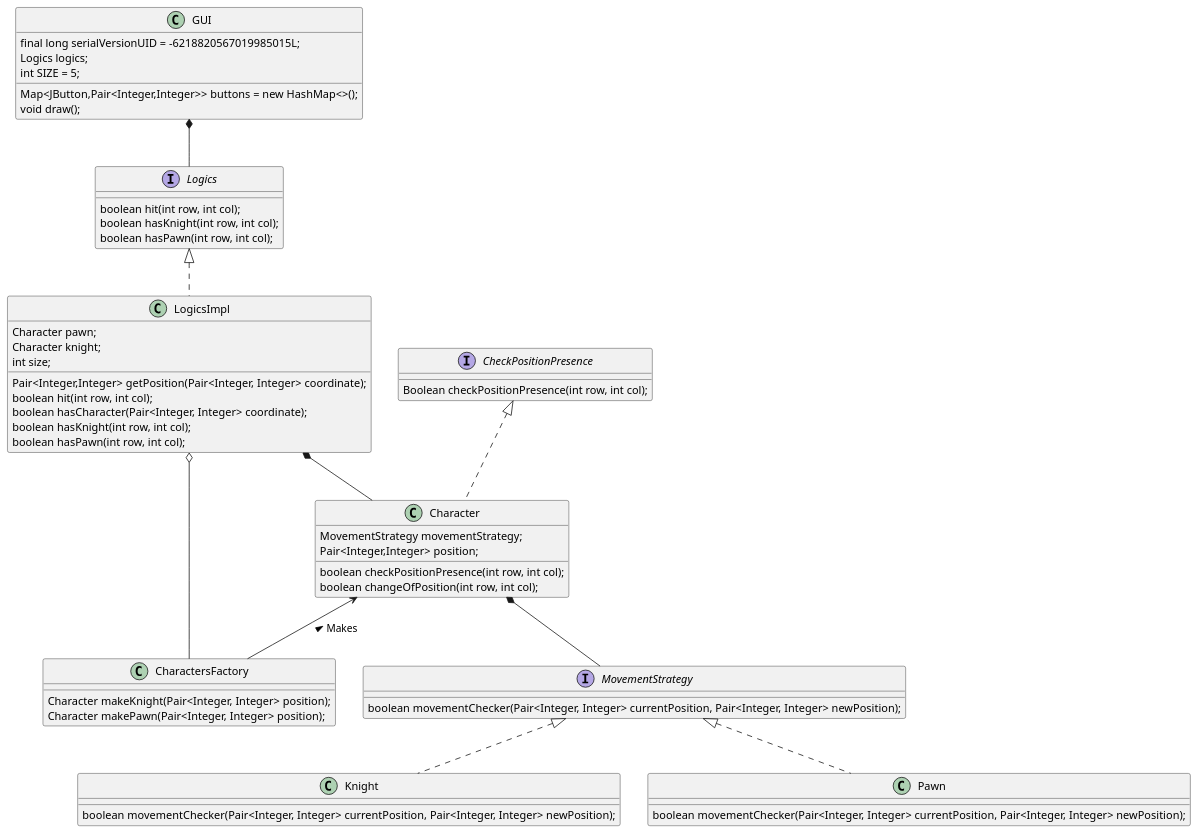
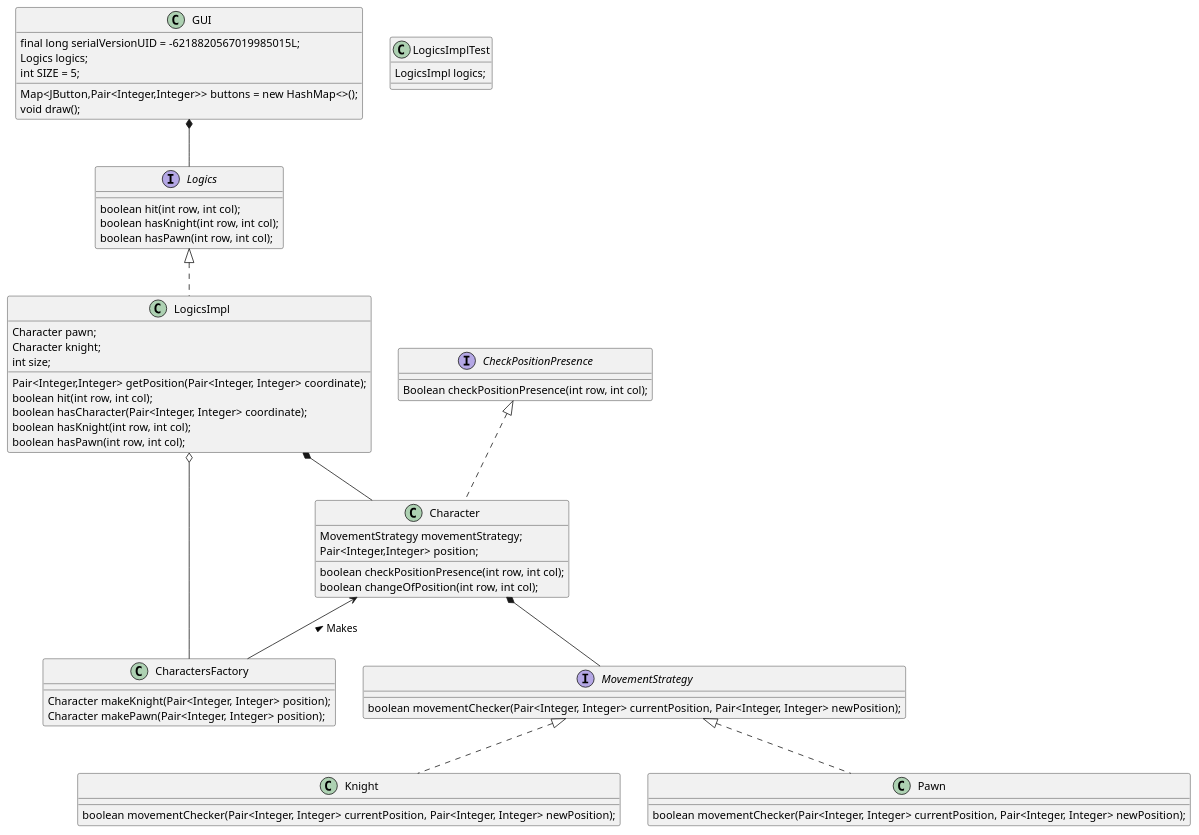
The diagram in out/production/pps-22-23-lab02/e1/umlE1.puml (TheGarbage/pps-22-23-lab01b), drawn with PlantUML before and after one commit. The commit also changed 14 other files, not shown here.

Commit message:
final version + uml.png

```diff
--- a/out/production/pps-22-23-lab02/e1/umlE1.puml
+++ b/out/production/pps-22-23-lab02/e1/umlE1.puml
@@ -1,66 +1,70 @@
 @startuml
 'https://plantuml.com/class-diagram
 
 class Character{
     MovementStrategy movementStrategy;
     Pair<Integer,Integer> position;
     boolean checkPositionPresence(int row, int col);
     boolean changeOfPosition(int row, int col);
 }
 Character *-- MovementStrategy
 
 class CharactersFactory{
     Character makeKnight(Pair<Integer, Integer> position);
     Character makePawn(Pair<Integer, Integer> position);
 }
 Character <-- CharactersFactory : Makes <
 
 interface CheckPositionPresence{
     Boolean checkPositionPresence(int row, int col);
 }
 CheckPositionPresence <|.. Character
 
 class Knight{
     boolean movementChecker(Pair<Integer, Integer> currentPosition, Pair<Integer, Integer> newPosition);
 }
 
 class Pawn{
         boolean movementChecker(Pair<Integer, Integer> currentPosition, Pair<Integer, Integer> newPosition);
 }
 
 interface MovementStrategy{
         boolean movementChecker(Pair<Integer, Integer> currentPosition, Pair<Integer, Integer> newPosition);
 }
 MovementStrategy <|.. Knight
 MovementStrategy <|..Pawn
 
 class GUI{
     final long serialVersionUID = -6218820567019985015L;
     Map<JButton,Pair<Integer,Integer>> buttons = new HashMap<>();
     Logics logics;
     int SIZE = 5;
     void draw();
 }
 GUI *-- Logics
 
 interface Logics{
     boolean hit(int row, int col);
     boolean hasKnight(int row, int col);
     boolean hasPawn(int row, int col);
 }
 Logics <|.. LogicsImpl
 
 class LogicsImpl{
     Character pawn;
     Character knight;
     int size;
     Pair<Integer,Integer> getPosition(Pair<Integer, Integer> coordinate);
     boolean hit(int row, int col);
     boolean hasCharacter(Pair<Integer, Integer> coordinate);
     boolean hasKnight(int row, int col);
     boolean hasPawn(int row, int col);
 }
 LogicsImpl *-- Character
 LogicsImpl o-- CharactersFactory
 
+class LogicsImplTest{
+    LogicsImpl logics;
+}
+
 @enduml
```
